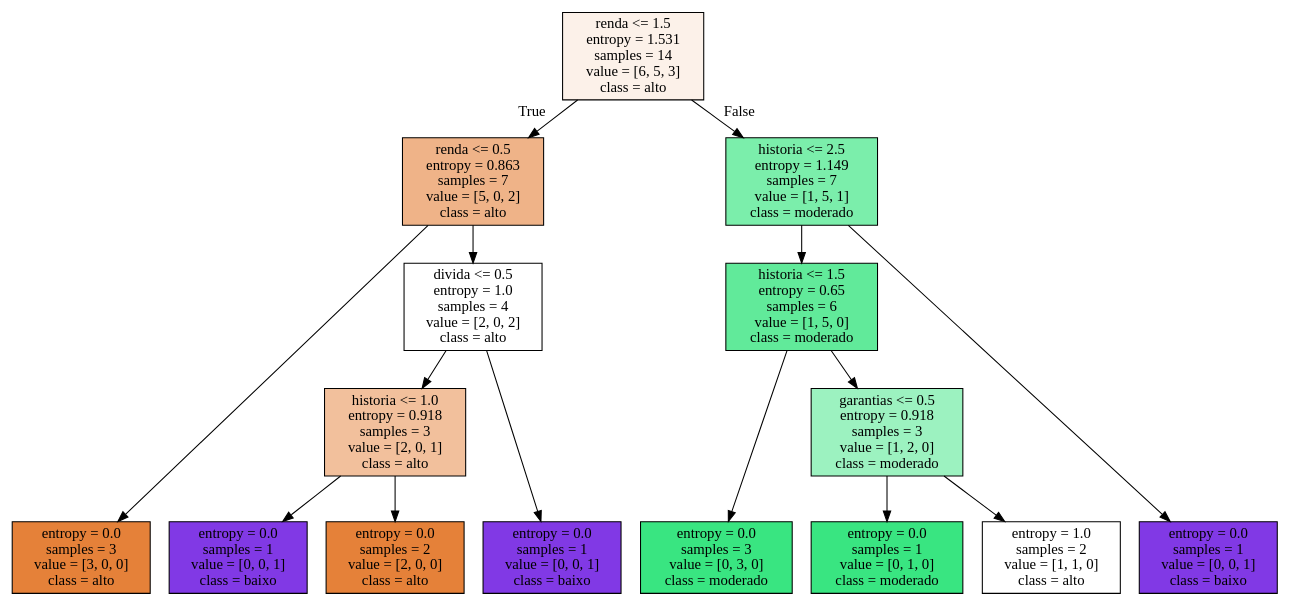
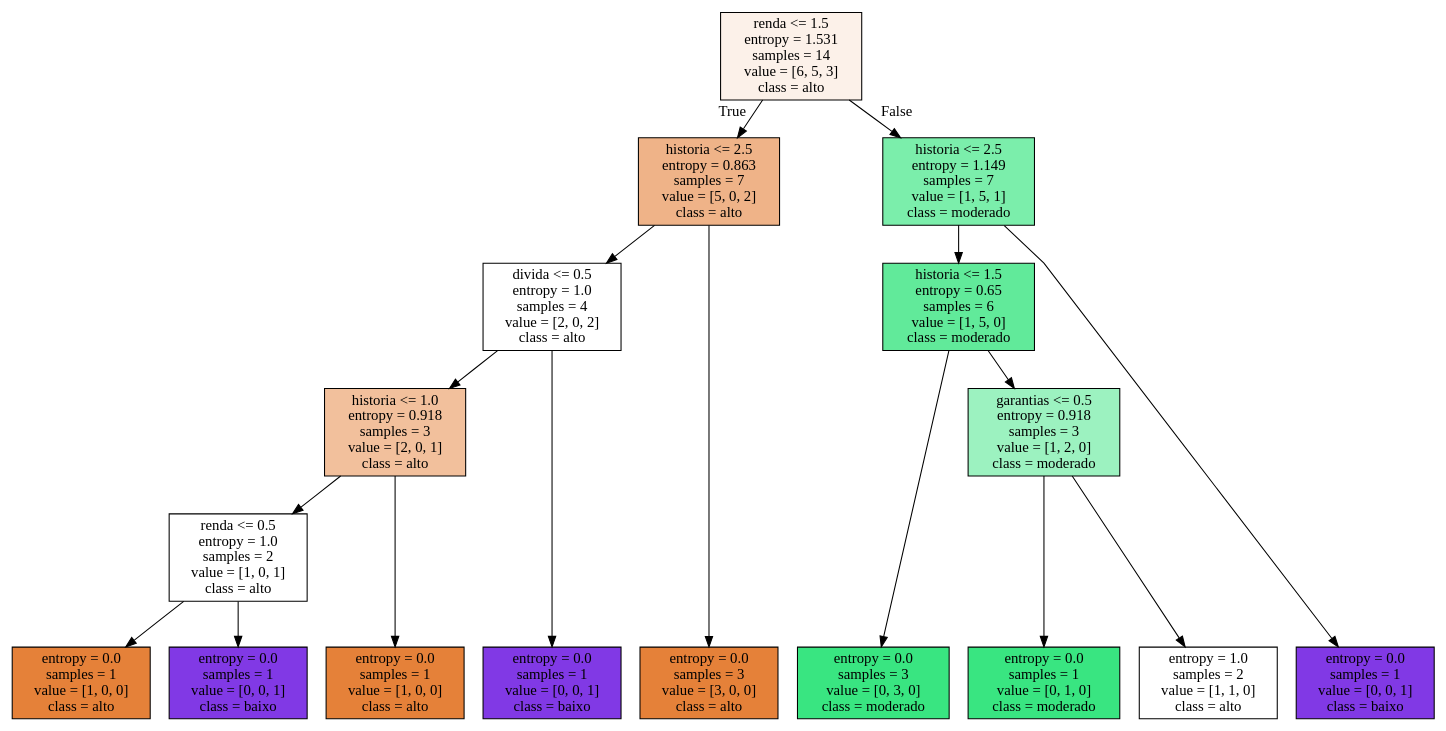
The diagram in arvore.dot (dieinimymaganha/machine_learning_e_data_science_com_python), drawn with Graphviz before and after one commit. The commit also changed 1 other file, not shown here.

```diff
--- a/arvore.dot
+++ b/arvore.dot
@@ -1,38 +1,43 @@
 digraph Tree {
 node [shape=box, style="filled", color="black"] ;
 graph [ranksep=equally, splines=polyline] ;
 0 [label="renda <= 1.5\nentropy = 1.531\nsamples = 14\nvalue = [6, 5, 3]\nclass = alto", fillcolor="#fcf1e9"] ;
-1 [label="renda <= 0.5\nentropy = 0.863\nsamples = 7\nvalue = [5, 0, 2]\nclass = alto", fillcolor="#efb388"] ;
+1 [label="historia <= 2.5\nentropy = 0.863\nsamples = 7\nvalue = [5, 0, 2]\nclass = alto", fillcolor="#efb388"] ;
 0 -> 1 [labeldistance=2.5, labelangle=45, headlabel="True"] ;
-2 [label="entropy = 0.0\nsamples = 3\nvalue = [3, 0, 0]\nclass = alto", fillcolor="#e58139"] ;
+2 [label="divida <= 0.5\nentropy = 1.0\nsamples = 4\nvalue = [2, 0, 2]\nclass = alto", fillcolor="#ffffff"] ;
 1 -> 2 ;
-3 [label="divida <= 0.5\nentropy = 1.0\nsamples = 4\nvalue = [2, 0, 2]\nclass = alto", fillcolor="#ffffff"] ;
-1 -> 3 ;
-4 [label="historia <= 1.0\nentropy = 0.918\nsamples = 3\nvalue = [2, 0, 1]\nclass = alto", fillcolor="#f2c09c"] ;
+3 [label="historia <= 1.0\nentropy = 0.918\nsamples = 3\nvalue = [2, 0, 1]\nclass = alto", fillcolor="#f2c09c"] ;
+2 -> 3 ;
+4 [label="renda <= 0.5\nentropy = 1.0\nsamples = 2\nvalue = [1, 0, 1]\nclass = alto", fillcolor="#ffffff"] ;
 3 -> 4 ;
-5 [label="entropy = 0.0\nsamples = 1\nvalue = [0, 0, 1]\nclass = baixo", fillcolor="#8139e5"] ;
+5 [label="entropy = 0.0\nsamples = 1\nvalue = [1, 0, 0]\nclass = alto", fillcolor="#e58139"] ;
 4 -> 5 ;
-6 [label="entropy = 0.0\nsamples = 2\nvalue = [2, 0, 0]\nclass = alto", fillcolor="#e58139"] ;
+6 [label="entropy = 0.0\nsamples = 1\nvalue = [0, 0, 1]\nclass = baixo", fillcolor="#8139e5"] ;
 4 -> 6 ;
-7 [label="entropy = 0.0\nsamples = 1\nvalue = [0, 0, 1]\nclass = baixo", fillcolor="#8139e5"] ;
+7 [label="entropy = 0.0\nsamples = 1\nvalue = [1, 0, 0]\nclass = alto", fillcolor="#e58139"] ;
 3 -> 7 ;
-8 [label="historia <= 2.5\nentropy = 1.149\nsamples = 7\nvalue = [1, 5, 1]\nclass = moderado", fillcolor="#7beeab"] ;
-0 -> 8 [labeldistance=2.5, labelangle=-45, headlabel="False"] ;
-9 [label="historia <= 1.5\nentropy = 0.65\nsamples = 6\nvalue = [1, 5, 0]\nclass = moderado", fillcolor="#61ea9a"] ;
-8 -> 9 ;
-10 [label="entropy = 0.0\nsamples = 3\nvalue = [0, 3, 0]\nclass = moderado", fillcolor="#39e581"] ;
-9 -> 10 ;
-11 [label="garantias <= 0.5\nentropy = 0.918\nsamples = 3\nvalue = [1, 2, 0]\nclass = moderado", fillcolor="#9cf2c0"] ;
-9 -> 11 ;
-12 [label="entropy = 0.0\nsamples = 1\nvalue = [0, 1, 0]\nclass = moderado", fillcolor="#39e581"] ;
+8 [label="entropy = 0.0\nsamples = 1\nvalue = [0, 0, 1]\nclass = baixo", fillcolor="#8139e5"] ;
+2 -> 8 ;
+9 [label="entropy = 0.0\nsamples = 3\nvalue = [3, 0, 0]\nclass = alto", fillcolor="#e58139"] ;
+1 -> 9 ;
+10 [label="historia <= 2.5\nentropy = 1.149\nsamples = 7\nvalue = [1, 5, 1]\nclass = moderado", fillcolor="#7beeab"] ;
+0 -> 10 [labeldistance=2.5, labelangle=-45, headlabel="False"] ;
+11 [label="historia <= 1.5\nentropy = 0.65\nsamples = 6\nvalue = [1, 5, 0]\nclass = moderado", fillcolor="#61ea9a"] ;
+10 -> 11 ;
+12 [label="entropy = 0.0\nsamples = 3\nvalue = [0, 3, 0]\nclass = moderado", fillcolor="#39e581"] ;
 11 -> 12 ;
-13 [label="entropy = 1.0\nsamples = 2\nvalue = [1, 1, 0]\nclass = alto", fillcolor="#ffffff"] ;
+13 [label="garantias <= 0.5\nentropy = 0.918\nsamples = 3\nvalue = [1, 2, 0]\nclass = moderado", fillcolor="#9cf2c0"] ;
 11 -> 13 ;
-14 [label="entropy = 0.0\nsamples = 1\nvalue = [0, 0, 1]\nclass = baixo", fillcolor="#8139e5"] ;
-8 -> 14 ;
+14 [label="entropy = 0.0\nsamples = 1\nvalue = [0, 1, 0]\nclass = moderado", fillcolor="#39e581"] ;
+13 -> 14 ;
+15 [label="entropy = 1.0\nsamples = 2\nvalue = [1, 1, 0]\nclass = alto", fillcolor="#ffffff"] ;
+13 -> 15 ;
+16 [label="entropy = 0.0\nsamples = 1\nvalue = [0, 0, 1]\nclass = baixo", fillcolor="#8139e5"] ;
+10 -> 16 ;
 {rank=same ; 0} ;
-{rank=same ; 1; 8} ;
-{rank=same ; 3; 9} ;
-{rank=same ; 4; 11} ;
-{rank=same ; 2; 5; 6; 7; 10; 12; 13; 14} ;
+{rank=same ; 1; 10} ;
+{rank=same ; 2; 11} ;
+{rank=same ; 3; 13} ;
+{rank=same ; 4} ;
+{rank=same ; 5; 6; 7; 8; 9; 12; 14; 15; 16} ;
 }
```
